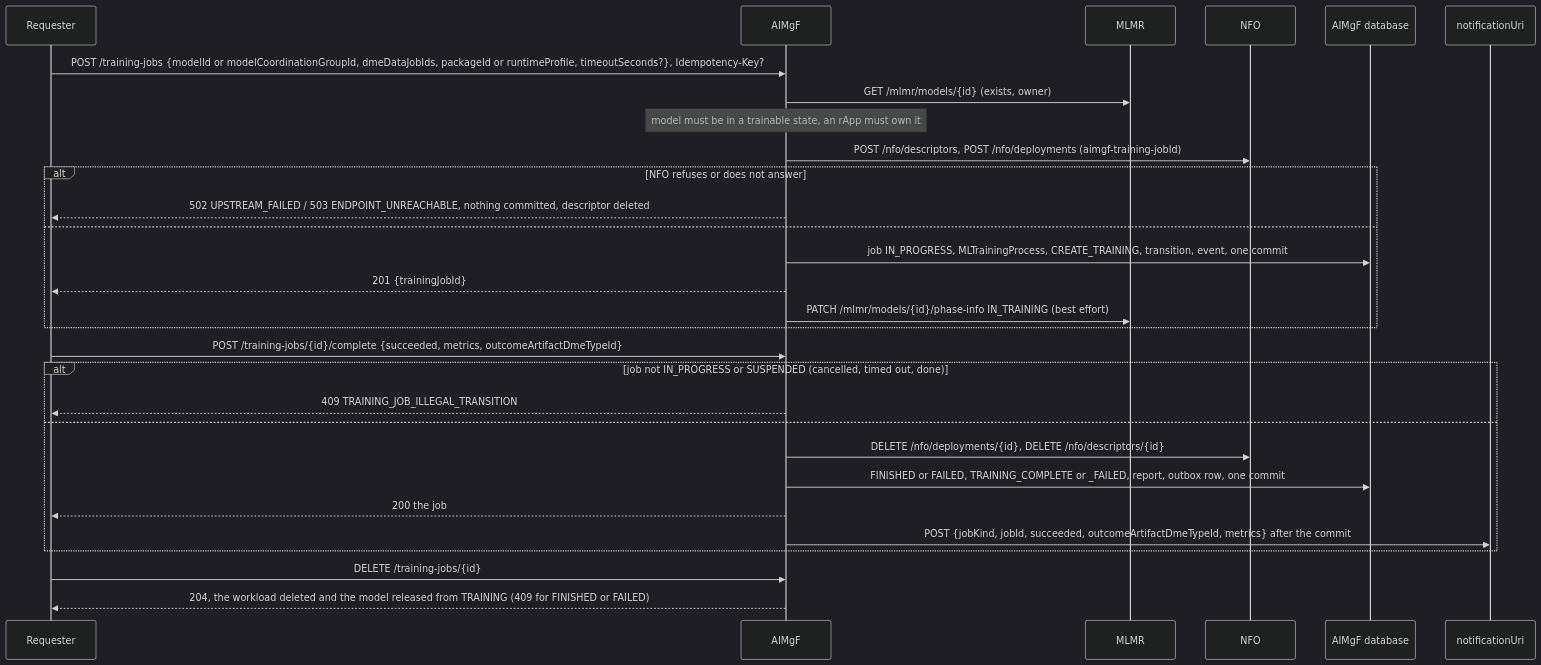
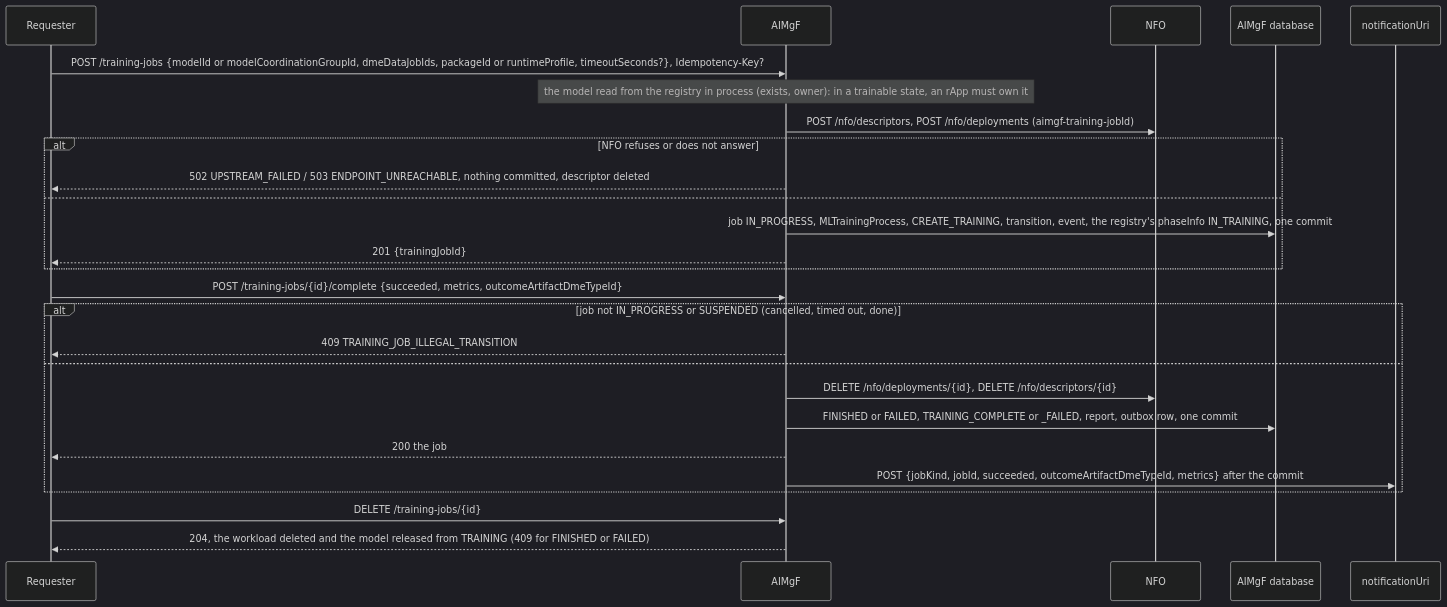
One commit to rsys-bshankar/ai-ran-smo changed the second of 8 diagrams in smo/aimgf/docs/lifecycle.md. Above: the diagram before and after it, drawn with Mermaid (dark theme). The commit also changed other lines of this file and 265 other files, not shown here.

````diff
--- a/smo/aimgf/docs/lifecycle.md
+++ b/smo/aimgf/docs/lifecycle.md
@@ -57,32 +61,29 @@
 ```mermaid
 sequenceDiagram
     participant C as Requester
     participant A as AIMgF
-    participant M as MLMR
     participant N as NFO
     participant DB as AIMgF database
     participant CB as notificationUri
 
     C->>A: POST /training-jobs {modelId or modelCoordinationGroupId, dmeDataJobIds, packageId or runtimeProfile, timeoutSeconds?}, Idempotency-Key?
-    A->>M: GET /mlmr/models/{id} (exists, owner)
-    Note over A: model must be in a trainable state, an rApp must own it
+    Note over A: the model read from the registry in process (exists, owner): in a trainable state, an rApp must own it
     A->>N: POST /nfo/descriptors, POST /nfo/deployments (aimgf-training-jobId)
     alt NFO refuses or does not answer
         A-->>C: 502 UPSTREAM_FAILED / 503 ENDPOINT_UNREACHABLE, nothing committed, descriptor deleted
     else
-        A->>DB: job IN_PROGRESS, MLTrainingProcess, CREATE_TRAINING, transition, event, one commit
+        A->>DB: job IN_PROGRESS, MLTrainingProcess, CREATE_TRAINING, transition, event, the registry's phaseInfo IN_TRAINING, one commit
         A-->>C: 201 {trainingJobId}
-        A->>M: PATCH /mlmr/models/{id}/phase-info IN_TRAINING (best effort)
     end
     C->>A: POST /training-jobs/{id}/complete {succeeded, metrics, outcomeArtifactDmeTypeId}
     alt job not IN_PROGRESS or SUSPENDED (cancelled, timed out, done)
         A-->>C: 409 TRAINING_JOB_ILLEGAL_TRANSITION
     else
         A->>N: DELETE /nfo/deployments/{id}, DELETE /nfo/descriptors/{id}
         A->>DB: FINISHED or FAILED, TRAINING_COMPLETE or _FAILED, report, outbox row, one commit
         A-->>C: 200 the job
         A->>CB: POST {jobKind, jobId, succeeded, outcomeArtifactDmeTypeId, metrics} after the commit
     end
     C->>A: DELETE /training-jobs/{id}
     A-->>C: 204, the workload deleted and the model released from TRAINING (409 for FINISHED or FAILED)
 ```
````
